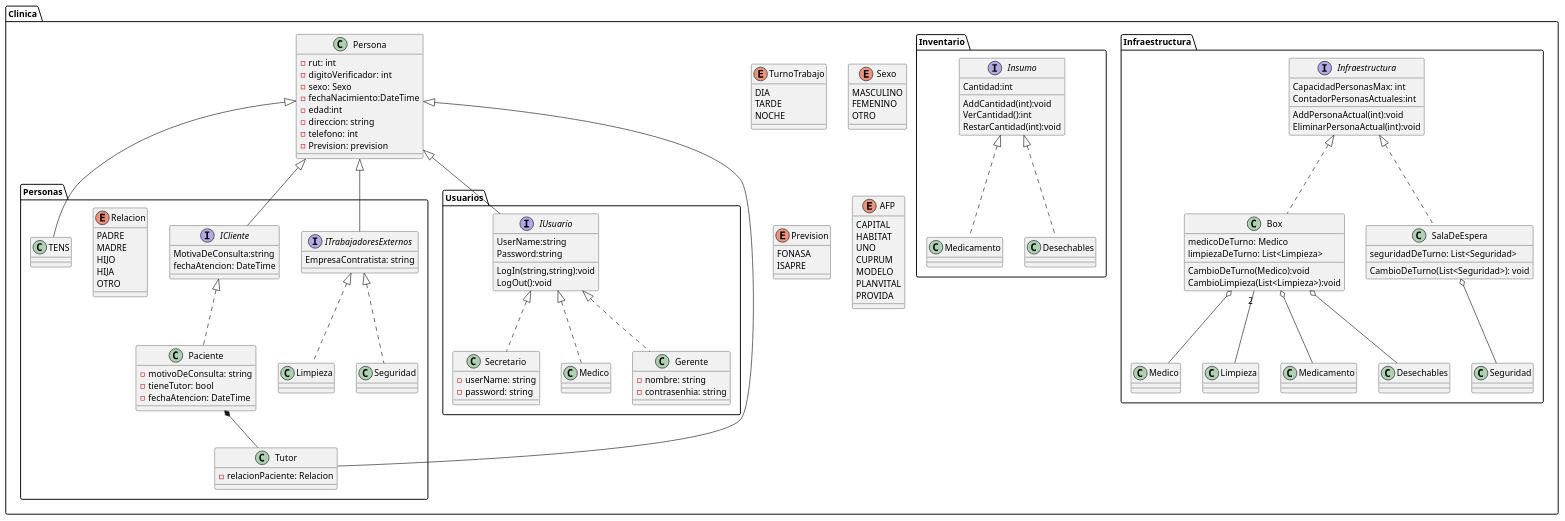
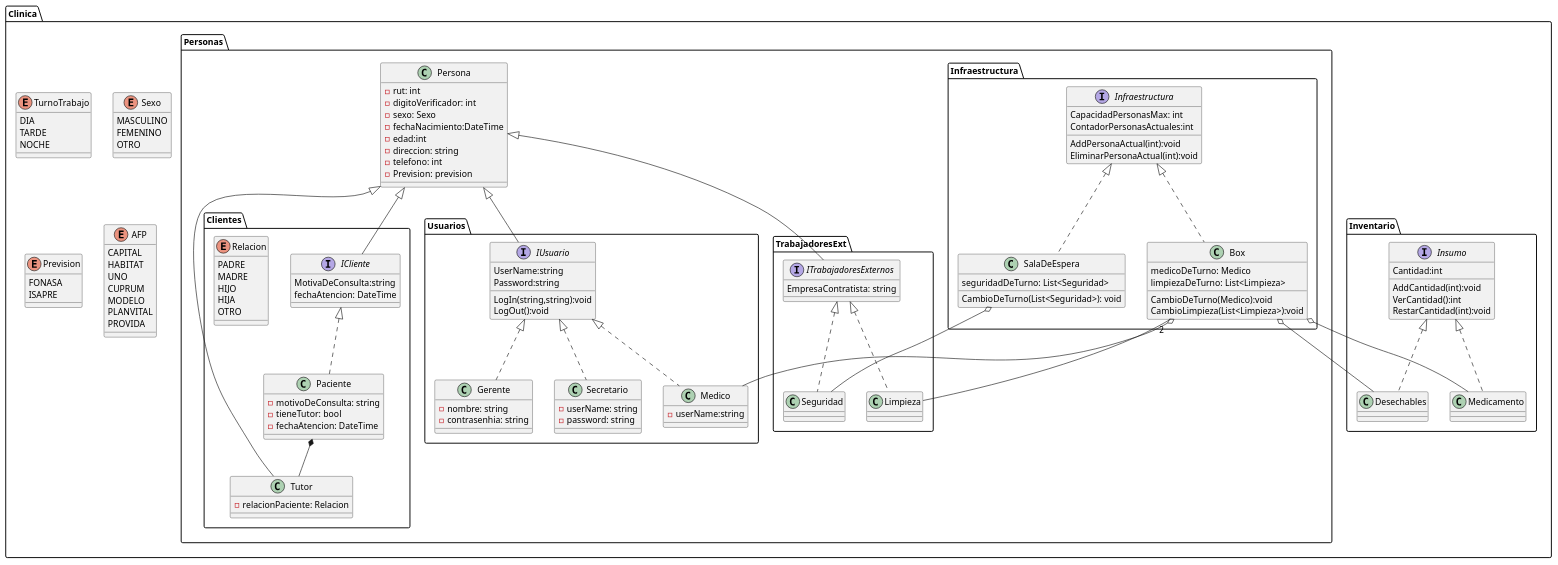
The diagram in consultorio.puml (ecadiz123/ProyectoAvaloniaProgra2), drawn with PlantUML before and after one commit. The commit also changed other lines of this file, not shown here.

Commit message:
uml organizado en paquetes para facil visualizacion

```diff
--- a/consultorio.puml
+++ b/consultorio.puml
@@ -1,158 +1,170 @@
-@startuml clinicaApp
+@startuml Consultorio
 package Clinica
 {
-    class Persona{
-        - rut: int
-        - digitoVerificador: int
-        - sexo: Sexo
-        - fechaNacimiento:DateTime
-        - edad:int
-        - direccion: string
-        - telefono: int
-        - Prevision: prevision
-    }
+   
     enum TurnoTrabajo{
         DIA
         TARDE
         NOCHE
     }
     enum Sexo{
         MASCULINO
         FEMENINO
         OTRO
     }
     enum Prevision{
         FONASA
         ISAPRE
     }
 
     enum AFP{
         CAPITAL
         HABITAT
         UNO
         CUPRUM
         MODELO
         PLANVITAL
         PROVIDA
     }
-    package Infraestructura
-    {
-        interface Infraestructura{
-            CapacidadPersonasMax: int
-            ContadorPersonasActuales:int
-            AddPersonaActual(int):void
-            EliminarPersonaActual(int):void
-        }
-        class Box{
-            medicoDeTurno: Medico
-            limpiezaDeTurno: List<Limpieza>
-            CambioDeTurno(Medico):void
-            CambioLimpieza(List<Limpieza>):void
-        }
-        class SalaDeEspera {
-            seguridadDeTurno: List<Seguridad>
-            CambioDeTurno(List<Seguridad>): void
-        }
-        'Agregacion
-        Box o-- Medico
-        SalaDeEspera o-- Seguridad
-        'Asociacion
-        Box "2" -- Limpieza
-        'Composicion
-        Box o-- Medicamento
-        Box o-- Desechables
-        'Interfaz
-        Infraestructura<|.. Box
-        Infraestructura<|.. SalaDeEspera
-
-    }
+    
     package Inventario
     {
 
         interface Insumo {
             Cantidad:int
             AddCantidad(int):void
             VerCantidad():int
             RestarCantidad(int):void
         }
         class Medicamento {}
         class Desechables {}
         'Interfaz
         Insumo<|.. Medicamento
         Insumo<|.. Desechables
     }
     package Personas
     {
+        class Persona
+        {
+        - rut: int
+        - digitoVerificador: int
+        - sexo: Sexo
+        - fechaNacimiento:DateTime
+        - edad:int
+        - direccion: string
+        - telefono: int
+        - Prevision: prevision
+        }
 
-
-        class Paciente{
-            - motivoDeConsulta: string
-            - tieneTutor: bool
-            - fechaAtencion: DateTime
+        package TrabajadoresExt
+        {
+        interface ITrabajadoresExternos{
+            EmpresaContratista: string
         }
-        class Tutor{
-            - relacionPaciente: Relacion
-        }
-        class Limpieza{}
+         class Limpieza{}
 
         class Seguridad{
         }
-
-        interface ITrabajadoresExternos{
-            EmpresaContratista: string
         }
-        interface ICliente{
+        package Clientes
+        {
+            interface ICliente{
             MotivaDeConsulta:string
             fechaAtencion: DateTime
         }
 
         enum Relacion{
             PADRE
             MADRE
             HIJO
             HIJA
             OTRO
         }
+         class Paciente{
+            - motivoDeConsulta: string
+            - tieneTutor: bool
+            - fechaAtencion: DateTime
+        }
+        class Tutor{
+            - relacionPaciente: Relacion
+        }
+        }
+        
 
         'Relaciones
         'Herencias
         Persona<|-- Tutor
-        Persona<|-- TENS
+       
         'Composicion
         Paciente *-- Tutor
         'Interfaces
         Persona<|-- ITrabajadoresExternos
         Persona<|-- ICliente
         ICliente<|.. Paciente
         ITrabajadoresExternos<|.. Limpieza
         ITrabajadoresExternos<|.. Seguridad
+        package Usuarios
+        {
+            interface IUsuario
+            {
+                LogIn(string,string):void
+                LogOut():void
+                UserName:string
+                Password:string
+            }
+            class Secretario{
+                -userName: string
+                -password: string
+            }
+
+            class Medico{
+                - userName:string
+            }
+
+            class Gerente
+            {
+                -nombre: string
+                -contrasenhia: string
+
+            }
+            Persona <|-- IUsuario
+            IUsuario<|.. Secretario
+            IUsuario<|.. Gerente
+            IUsuario<|.. Medico
+        }
+        package Infraestructura
+         {
+             interface Infraestructura{
+                 CapacidadPersonasMax: int
+                 ContadorPersonasActuales:int
+                 AddPersonaActual(int):void
+                 EliminarPersonaActual(int):void
+             }
+             class Box{
+                 medicoDeTurno: Medico
+                 limpiezaDeTurno: List<Limpieza>
+                 CambioDeTurno(Medico):void
+                 CambioLimpieza(List<Limpieza>):void
+             }
+             class SalaDeEspera {
+                 seguridadDeTurno: List<Seguridad>
+                 CambioDeTurno(List<Seguridad>): void
+             }
+             'Agregacion
+             Box o-- Medico
+             SalaDeEspera o-- Seguridad
+             'Asociacion
+             Box "2" -- Limpieza
+             'Composicion
+             Box o-- Medicamento
+             Box o-- Desechables
+             'Interfaz
+             Infraestructura<|.. Box
+             Infraestructura<|.. SalaDeEspera
+
+         }
+        
     }
-    package Usuarios
-    {
-        interface IUsuario
-        {
-            LogIn(string,string):void
-            LogOut():void
-            UserName:string
-            Password:string
-        }
-        class Secretario{
-            -userName: string
-            -password: string
-        }
-
-        class Medico{}
-
-        class Gerente
-        {
-            -nombre: string
-            -contrasenhia: string
-
-        }
-        Persona <|-- IUsuario
-        IUsuario<|.. Secretario
-        IUsuario<|.. Gerente
-        IUsuario<|.. Medico
-    }
+    
 }
 @enduml
```
